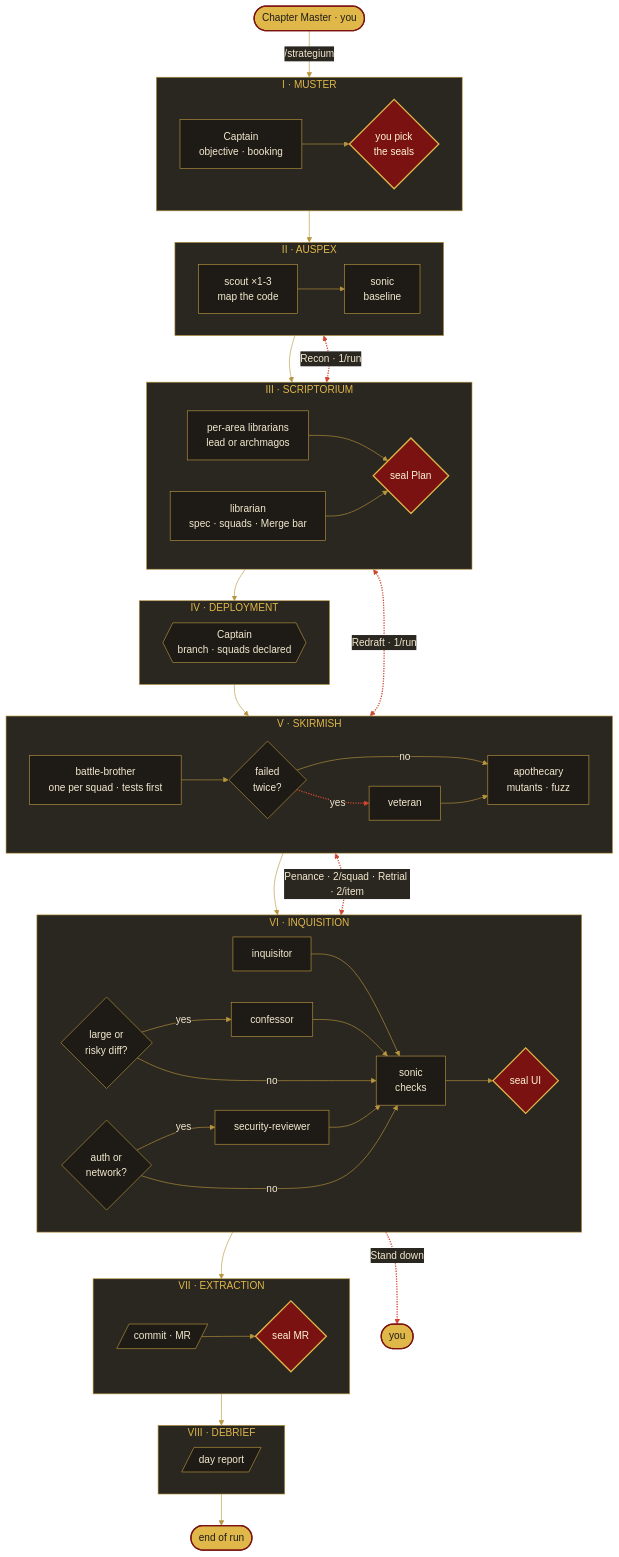
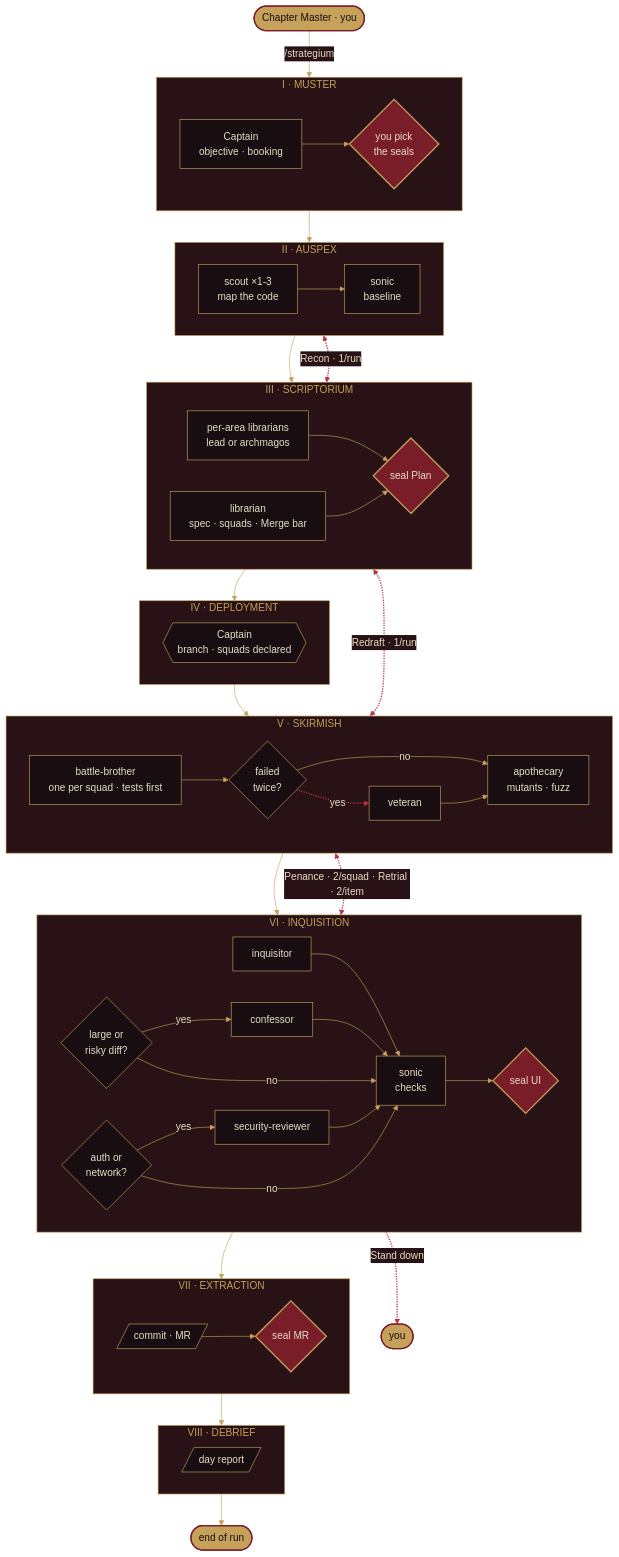
One commit to frandev94/strategium changed the diagram in README.md. Above: the diagram before and after it, drawn with Mermaid. The commit also changed other lines of this file and 17 other files, not shown here.

````diff
--- a/README.md
+++ b/README.md
@@ -46,66 +46,66 @@
 ```mermaid
-%%{init: {"theme": "base", "themeVariables": {"lineColor": "#b8963e", "edgeLabelBackground": "#2a2620", "textColor": "#f3e9cf", "fontFamily": "Georgia, serif"}}}%%
+%%{init: {"theme": "base", "themeVariables": {"lineColor": "#C5A15A", "edgeLabelBackground": "#281216", "textColor": "#E8DDC5", "fontFamily": "Georgia, serif"}}}%%
 flowchart TB
   U(["Chapter Master · you"]) -->|"/strategium"| muster
 
   subgraph muster["I · MUSTER"]
     direction LR
     M["Captain<br/>objective · booking"] --> S0{"you pick<br/>the seals"}
   end
   subgraph auspex["II · AUSPEX"]
     direction LR
     A1["scout ×1-3<br/>map the code"] --> A2["sonic<br/>baseline"]
   end
   subgraph scriptorium["III · SCRIPTORIUM"]
     direction LR
     L2["per-area librarians<br/>lead or archmagos"] --> SP{"seal Plan"}
     L1["librarian<br/>spec · squads · Merge bar"] --> SP
   end
   subgraph deployment["IV · DEPLOYMENT"]
     direction LR
     D{{"Captain<br/>branch · squads declared"}}
   end
   subgraph skirmish["V · SKIRMISH"]
     direction LR
     B1["battle-brother<br/>one per squad · tests first"] --> BF{"failed<br/>twice?"}
     BF -->|"no"| B3["apothecary<br/>mutants · fuzz"]
     BF -.->|"yes"| B2["veteran"] --> B3
   end
   subgraph inquisition["VI · INQUISITION"]
     direction LR
     Q1["inquisitor"] --> Q4["sonic<br/>checks"]
     QF{"large or<br/>risky diff?"} -->|"yes"| Q2["confessor"] --> Q4
     QF -->|"no"| Q4
     QS{"auth or<br/>network?"} -->|"yes"| Q3["security-reviewer"] --> Q4
     QS -->|"no"| Q4
     Q4 --> SU{"seal UI"}
   end
   subgraph extraction["VII · EXTRACTION"]
     direction LR
     X[/"commit · MR"/] --> SM{"seal MR"}
   end
   subgraph debrief["VIII · DEBRIEF"]
     direction LR
     F[/"day report"/]
   end
 
   muster --> auspex --> scriptorium --> deployment --> skirmish --> inquisition --> extraction --> debrief --> E(["end of run"])
 
   auspex <-.->|"Recon · 1/run"| scriptorium
   scriptorium <-.->|"Redraft · 1/run"| skirmish
   skirmish <-.->|"Penance · 2/squad · Retrial · 2/item"| inquisition
   inquisition -.->|"Stand down"| Y(["you"])
 
-  classDef agent fill:#1e1b16,stroke:#b8963e,color:#f3e9cf
-  classDef seal fill:#7a1212,stroke:#e0b84a,stroke-width:2px,color:#fff4d6
-  classDef you fill:#e0b84a,stroke:#7a1212,stroke-width:2px,color:#1e1b16
-  classDef station fill:#2a2620,stroke:#b8963e,color:#e0b84a
+  classDef agent fill:#180D10,stroke:#C5A15A,color:#E8DDC5
+  classDef seal fill:#791E29,stroke:#C5A15A,stroke-width:2px,color:#E8DDC5
+  classDef you fill:#C5A15A,stroke:#791E29,stroke-width:2px,color:#180D10
+  classDef station fill:#281216,stroke:#C5A15A,color:#C5A15A
   class M,A1,A2,L1,L2,D,B1,B2,B3,Q1,Q2,Q3,Q4,X,F agent
   class S0,SP,SU,SM seal
   class BF,QF,QS agent
   class U,E,Y you
   class muster,auspex,scriptorium,deployment,skirmish,inquisition,extraction,debrief station
-  linkStyle 0 stroke:#b8963e,color:#f3e9cf
-  linkStyle 6,10,12,13,15 color:#f3e9cf
-  linkStyle 7,26,27,28,29 stroke:#d0452f,stroke-width:2px,color:#f3e9cf
+  linkStyle 0 stroke:#C5A15A,color:#E8DDC5
+  linkStyle 6,10,12,13,15 color:#E8DDC5
+  linkStyle 7,26,27,28,29 stroke:#B8323F,stroke-width:2px,color:#E8DDC5
 ```
````
